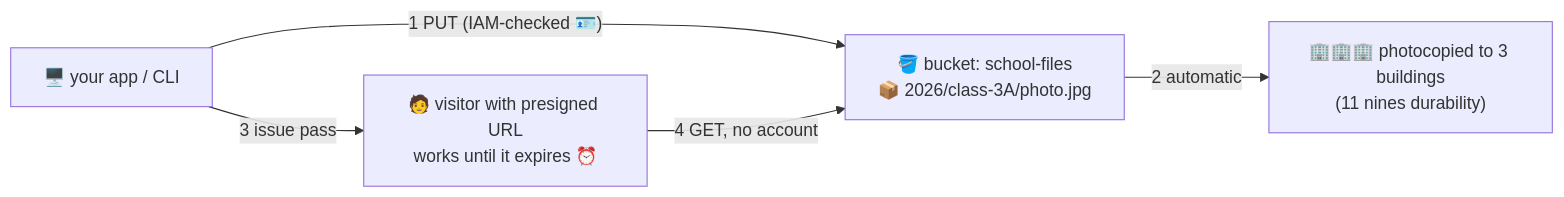
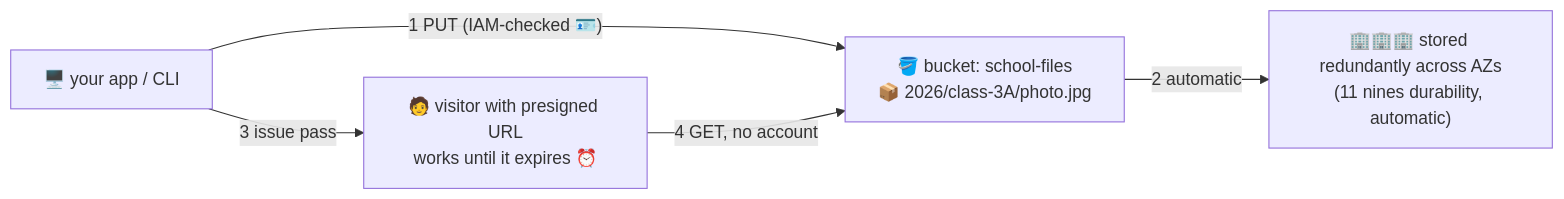
The diagram in lessons/14-s3/README.md (BaluRaut/learn-aws-school), drawn with Mermaid before and after one commit. The commit also changed other lines of this file, not shown here.

````diff
--- a/lessons/14-s3/README.md
+++ b/lessons/14-s3/README.md
@@ -40,11 +40,11 @@
 ```mermaid
 flowchart LR
     app["🖥️ your app / CLI"]
     b["🪣 bucket: school-files<br/>📦 2026/class-3A/photo.jpg"]
-    az["🏢🏢🏢 photocopied to 3 buildings<br/>(11 nines durability)"]
+    az["🏢🏢🏢 stored redundantly across AZs<br/>(11 nines durability, automatic)"]
     guest["🧑 visitor with presigned URL<br/>works until it expires ⏰"]
     app -->|"1 PUT (IAM-checked 🪪)"| b
     b -->|"2 automatic"| az
     app -->|"3 issue pass"| guest
     guest -->|"4 GET, no account"| b
 ```
````
